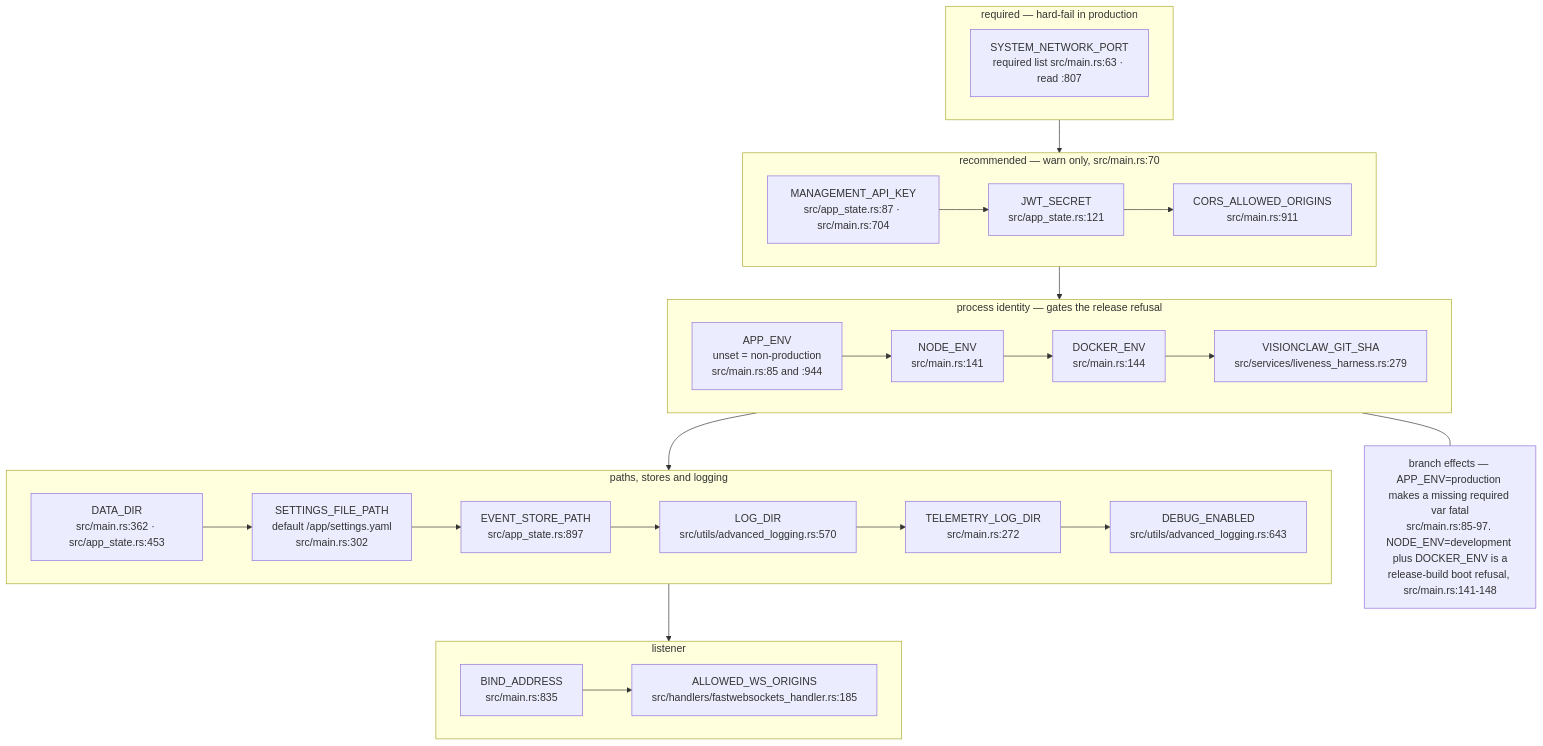
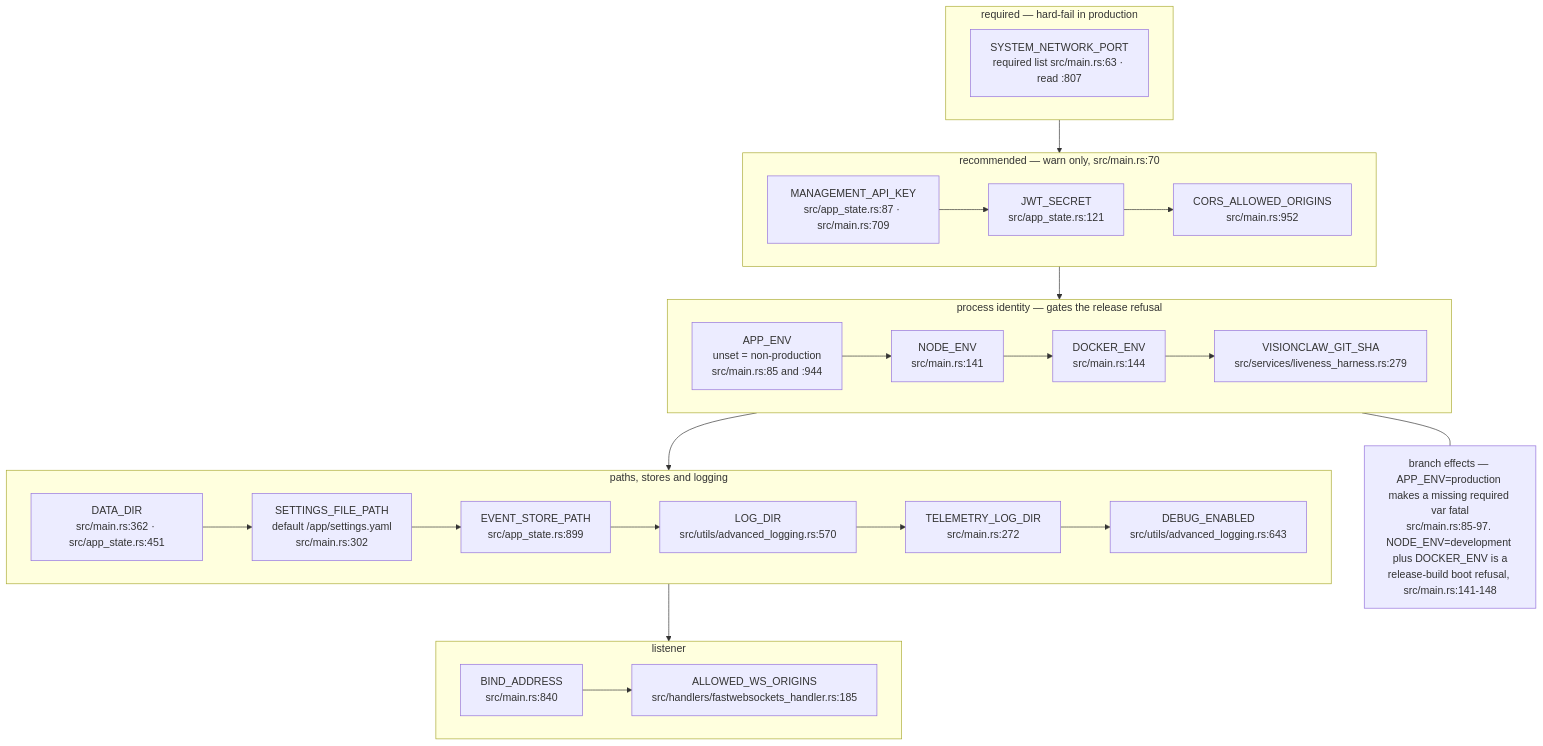
One commit to DreamLab-AI/VisionFlow changed the eighth of 15 diagrams in docs/diagrams/visionclaw/09-config-and-env-flags.md. Above: the diagram before and after it, drawn with Mermaid. The commit also changed other lines of this file and 136 other files, not shown here.

First line of the commit message:
docs(diagrams): refresh the whole corpus to code HEAD and prune low-value diagrams

````diff
--- a/docs/diagrams/visionclaw/09-config-and-env-flags.md
+++ b/docs/diagrams/visionclaw/09-config-and-env-flags.md
@@ -381,21 +382,21 @@
 ```mermaid
 flowchart TB
     subgraph REQ["required — hard-fail in production"]
         E1["SYSTEM_NETWORK_PORT<br/>required list src/main.rs:63 · read :807"]
     end
     subgraph RECO["recommended — warn only, src/main.rs:70"]
-        E2["MANAGEMENT_API_KEY<br/>src/app_state.rs:87 · src/main.rs:704"] --> E3["JWT_SECRET<br/>src/app_state.rs:121"] --> E4["CORS_ALLOWED_ORIGINS<br/>src/main.rs:911"]
+        E2["MANAGEMENT_API_KEY<br/>src/app_state.rs:87 · src/main.rs:709"] --> E3["JWT_SECRET<br/>src/app_state.rs:121"] --> E4["CORS_ALLOWED_ORIGINS<br/>src/main.rs:952"]
     end
     subgraph IDENT["process identity — gates the release refusal"]
         E5["APP_ENV<br/>unset = non-production<br/>src/main.rs:85 and :944"] --> E6["NODE_ENV<br/>src/main.rs:141"] --> E7["DOCKER_ENV<br/>src/main.rs:144"] --> E8["VISIONCLAW_GIT_SHA<br/>src/services/liveness_harness.rs:279"]
     end
     subgraph PATHS["paths, stores and logging"]
-        E9["DATA_DIR<br/>src/main.rs:362 · src/app_state.rs:453"] --> E10["SETTINGS_FILE_PATH<br/>default /app/settings.yaml<br/>src/main.rs:302"] --> E11["EVENT_STORE_PATH<br/>src/app_state.rs:897"] --> E12["LOG_DIR<br/>src/utils/advanced_logging.rs:570"] --> E13["TELEMETRY_LOG_DIR<br/>src/main.rs:272"] --> E14["DEBUG_ENABLED<br/>src/utils/advanced_logging.rs:643"]
+        E9["DATA_DIR<br/>src/main.rs:362 · src/app_state.rs:451"] --> E10["SETTINGS_FILE_PATH<br/>default /app/settings.yaml<br/>src/main.rs:302"] --> E11["EVENT_STORE_PATH<br/>src/app_state.rs:899"] --> E12["LOG_DIR<br/>src/utils/advanced_logging.rs:570"] --> E13["TELEMETRY_LOG_DIR<br/>src/main.rs:272"] --> E14["DEBUG_ENABLED<br/>src/utils/advanced_logging.rs:643"]
     end
     subgraph BIND["listener"]
-        E15["BIND_ADDRESS<br/>src/main.rs:835"] --> E16["ALLOWED_WS_ORIGINS<br/>src/handlers/fastwebsockets_handler.rs:185"]
+        E15["BIND_ADDRESS<br/>src/main.rs:840"] --> E16["ALLOWED_WS_ORIGINS<br/>src/handlers/fastwebsockets_handler.rs:185"]
     end
     REQ --> RECO --> IDENT --> PATHS --> BIND
     N["branch effects — APP_ENV=production makes a missing required var fatal<br/>src/main.rs:85-97. NODE_ENV=development plus DOCKER_ENV is a<br/>release-build boot refusal, src/main.rs:141-148"]
     IDENT --- N
 ```
````
